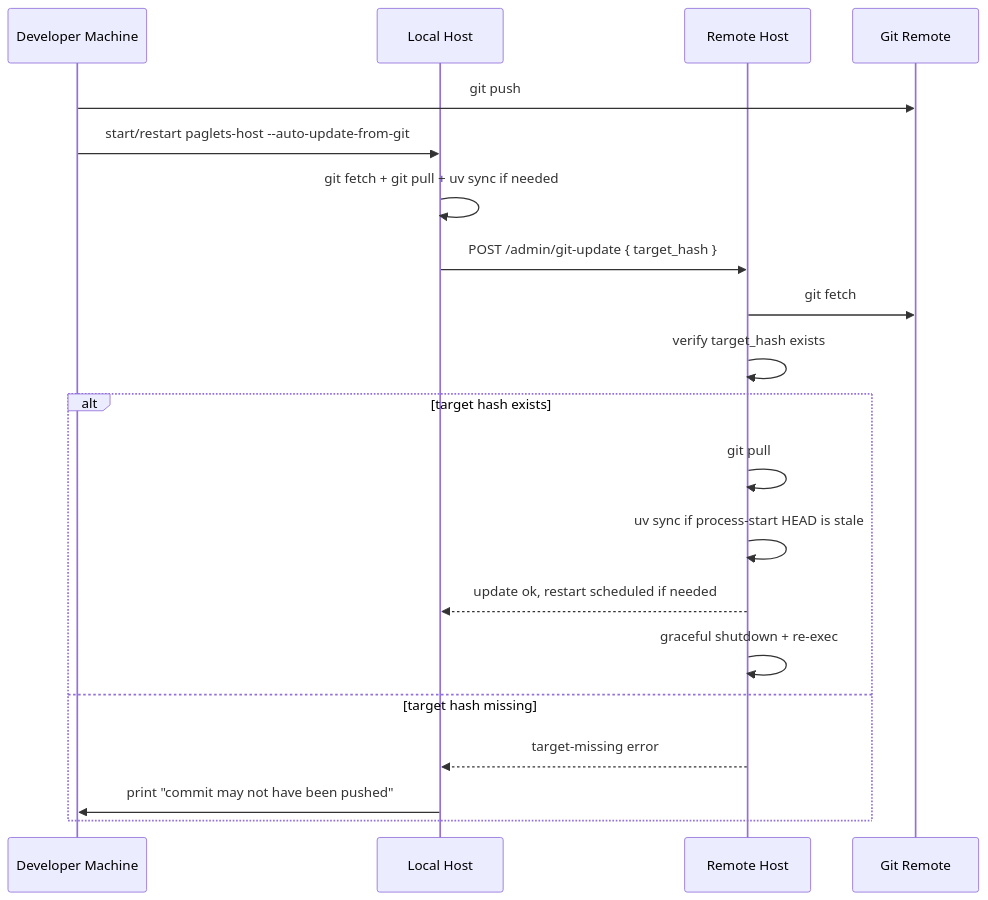
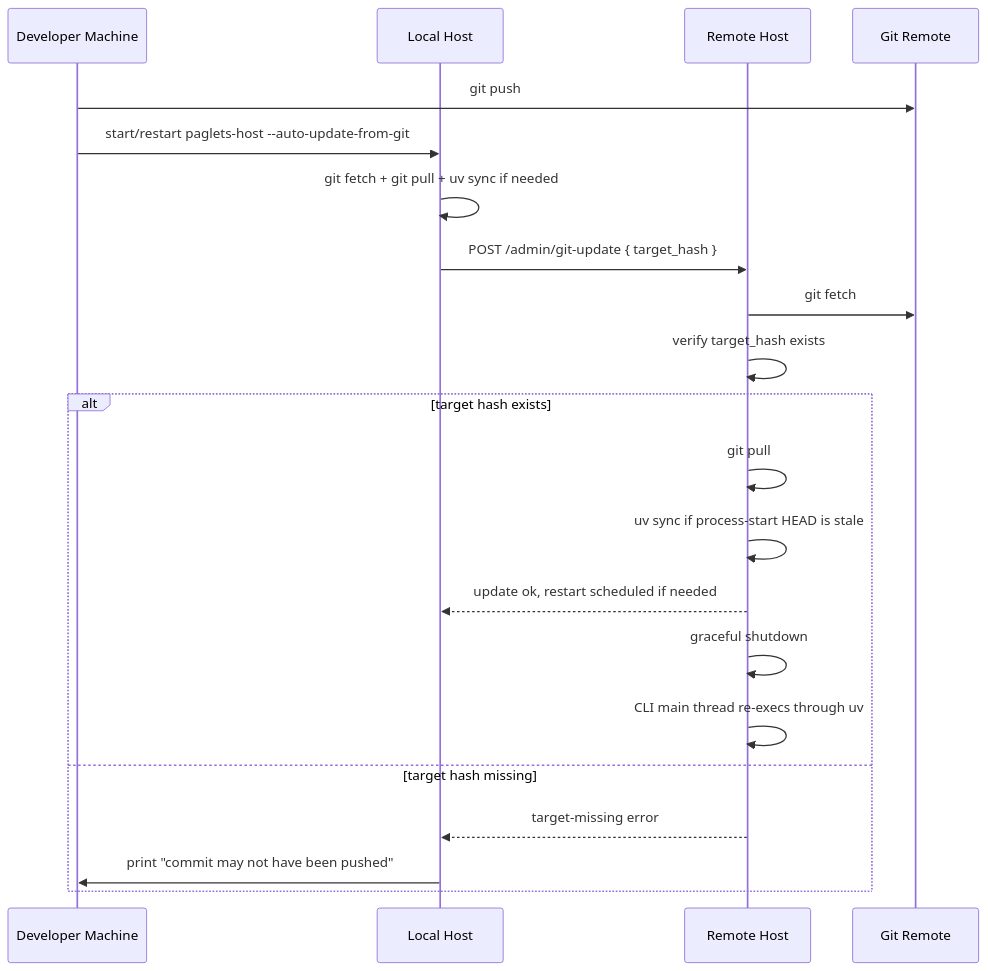
The second of 3 diagrams in docs/git-auto-update.md (cklukas/paglets), drawn with Mermaid before and after one commit. The commit also changed other lines of this file and 3 other files, not shown here.

````diff
--- a/docs/git-auto-update.md
+++ b/docs/git-auto-update.md
@@ -95,23 +95,24 @@
 ```mermaid
 sequenceDiagram
     participant Dev as Developer Machine
     participant Local as Local Host
     participant Remote as Remote Host
     participant Git as Git Remote
 
     Dev->>Git: git push
     Dev->>Local: start/restart paglets-host --auto-update-from-git
     Local->>Local: git fetch + git pull + uv sync if needed
     Local->>Remote: POST /admin/git-update { target_hash }
     Remote->>Git: git fetch
     Remote->>Remote: verify target_hash exists
     alt target hash exists
         Remote->>Remote: git pull
         Remote->>Remote: uv sync if process-start HEAD is stale
         Remote-->>Local: update ok, restart scheduled if needed
-        Remote->>Remote: graceful shutdown + re-exec
+        Remote->>Remote: graceful shutdown
+        Remote->>Remote: CLI main thread re-execs through uv
     else target hash missing
         Remote-->>Local: target-missing error
         Local->>Dev: print "commit may not have been pushed"
     end
 ```
````
